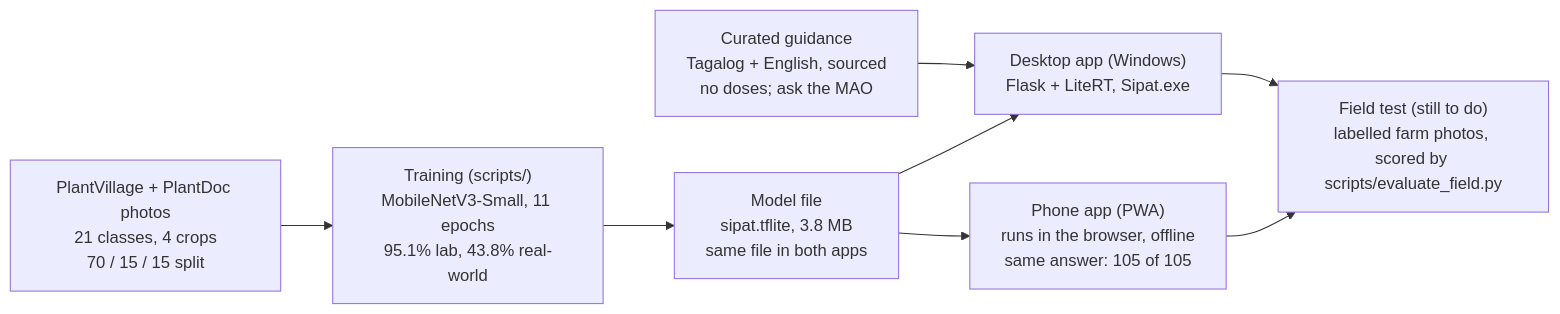
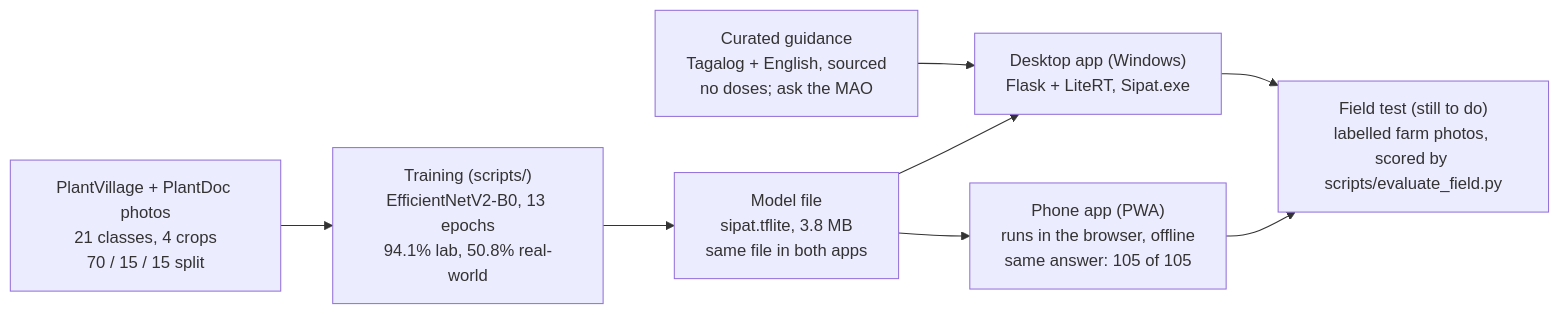
One commit to jims-0/sipat changed the diagram in docs/SIPAT_SYSTEM_OVERVIEW.md. Above: the diagram before and after it, drawn with Mermaid. The commit also changed other lines of this file and 24 other files, not shown here.

First line of the commit message:
feat(sipat): EfficientNetV2-B0 model, real-world accuracy 43.8% -> 50.8%

````diff
--- a/docs/SIPAT_SYSTEM_OVERVIEW.md
+++ b/docs/SIPAT_SYSTEM_OVERVIEW.md
@@ -11,10 +11,10 @@
 ```mermaid
 flowchart LR
-    A["PlantVillage + PlantDoc photos<br/>21 classes, 4 crops<br/>70 / 15 / 15 split"] --> B["Training (scripts/)<br/>MobileNetV3-Small, 11 epochs<br/>95.1% lab, 43.8% real-world"]
+    A["PlantVillage + PlantDoc photos<br/>21 classes, 4 crops<br/>70 / 15 / 15 split"] --> B["Training (scripts/)<br/>EfficientNetV2-B0, 13 epochs<br/>94.1% lab, 50.8% real-world"]
     B --> C["Model file<br/>sipat.tflite, 3.8 MB<br/>same file in both apps"]
     G["Curated guidance<br/>Tagalog + English, sourced<br/>no doses; ask the MAO"] --> D
     C --> D["Desktop app (Windows)<br/>Flask + LiteRT, Sipat.exe"]
     C --> E["Phone app (PWA)<br/>runs in the browser, offline<br/>same answer: 105 of 105"]
     D --> F["Field test (still to do)<br/>labelled farm photos, scored by scripts/evaluate_field.py"]
     E --> F
 ```
````
